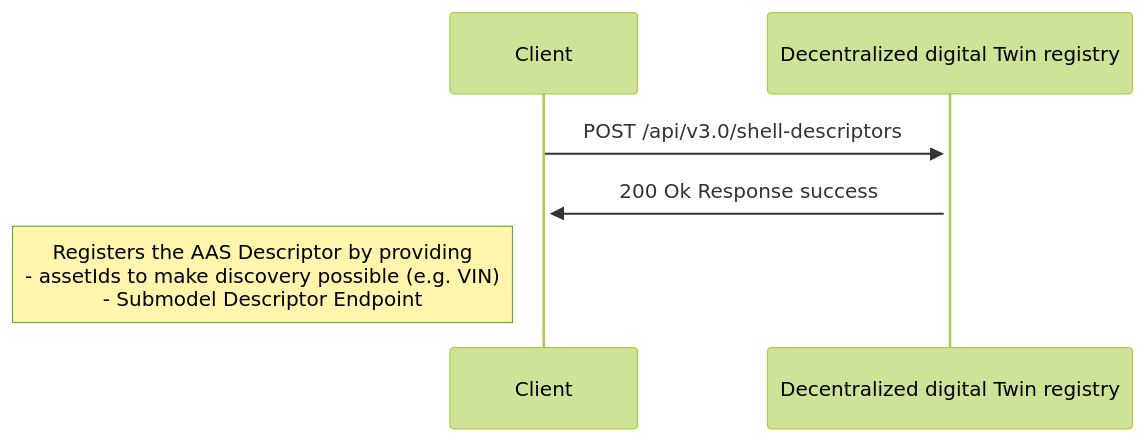
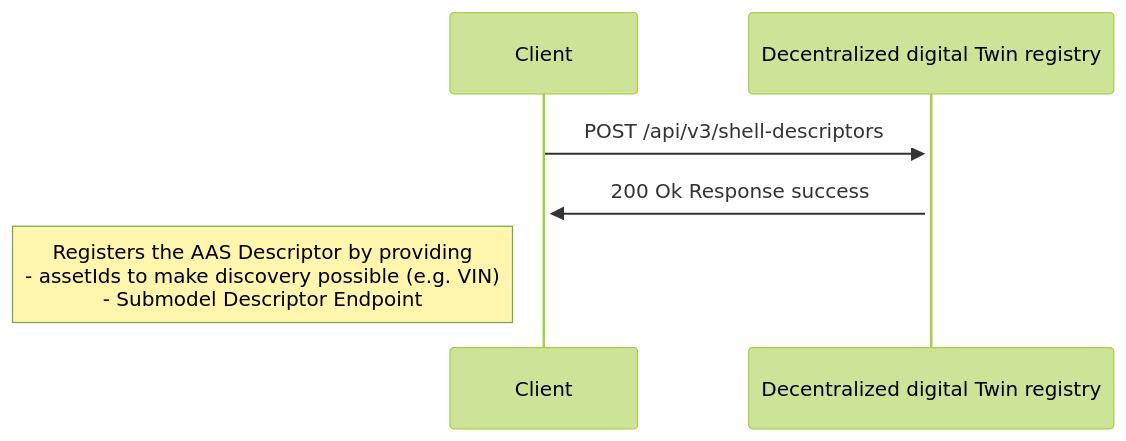
Before and after one commit to eclipse-tractusx/sldt-digital-twin-registry: the third of 6 diagrams in docs/README.md, drawn with Mermaid (forest theme). The commit also changed other lines of this file and 13 other files, not shown here.

````diff
--- a/docs/README.md
+++ b/docs/README.md
@@ -251,6 +251,6 @@
 ```mermaid
 sequenceDiagram
-    Client->>+Decentralized digital Twin registry: POST /api/v3.0/shell-descriptors
+    Client->>+Decentralized digital Twin registry: POST /api/v3/shell-descriptors
     Decentralized digital Twin registry->>+Client: 200 Ok Response success
     Note left of Client: Registers the AAS Descriptor by providing <br>- assetIds to make discovery possible (e.g. VIN)<br>- Submodel Descriptor Endpoint 
 ```
````
